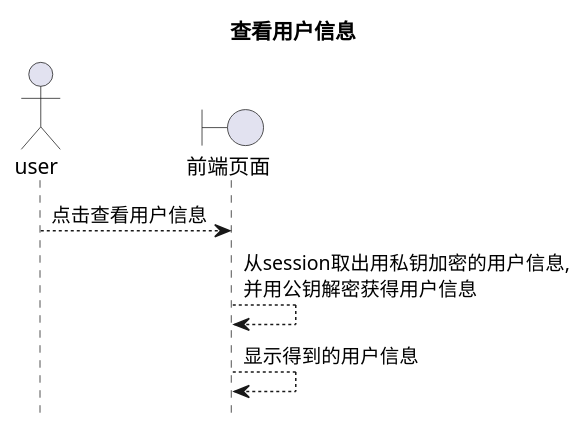
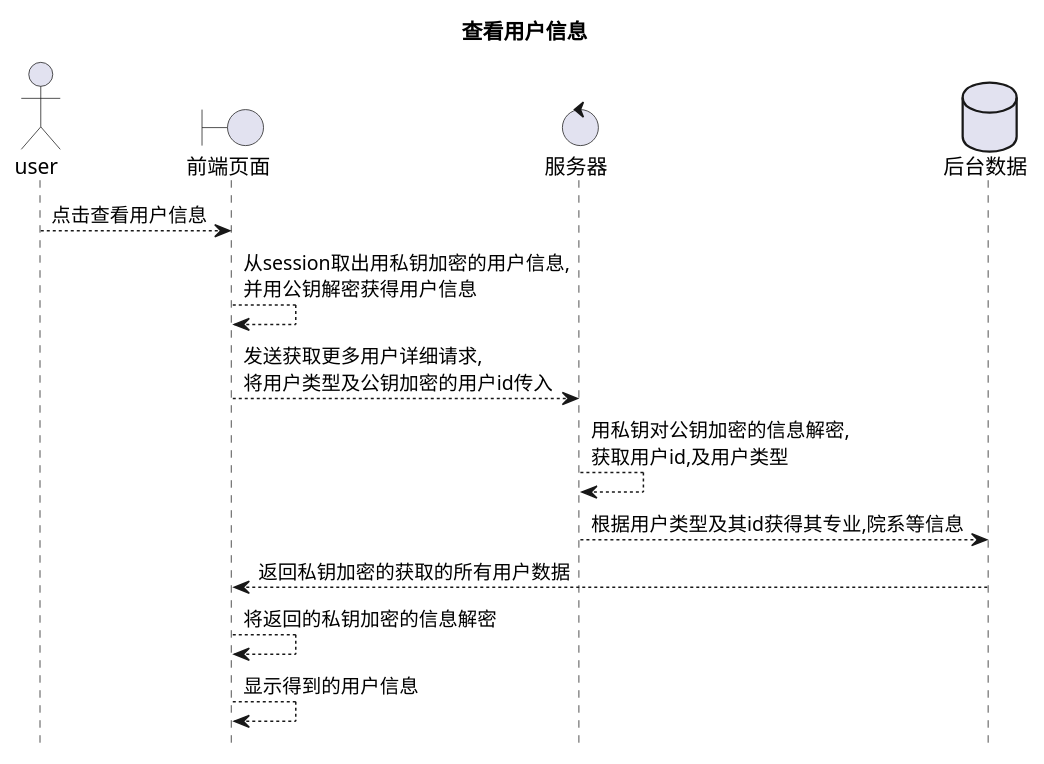
The ninth of 16 diagrams in test6/sequence.pu (201610414130/is_analysis-4), drawn with PlantUML before and after one commit. The commit also changed 1 other file, not shown here.

Commit message:
补全查看用户信息的时序图

```diff
--- a/test6/sequence.pu
+++ b/test6/sequence.pu
@@ -132,9 +132,17 @@
 @startuml 查看用户信息
 title 查看用户信息
 hide footbox
 actor user
 boundary 前端页面
+control 服务器
+database 后台数据
 user --> 前端页面: 点击查看用户信息
 前端页面 --> 前端页面: 从session取出用私钥加密的用户信息,\n并用公钥解密获得用户信息
+前端页面 --> 服务器: 发送获取更多用户详细请求,\n将用户类型及公钥加密的用户id传入
+服务器 --> 服务器: 用私钥对公钥加密的信息解密,\n获取用户id,及用户类型
+服务器 --> 后台数据: 根据用户类型及其id获得其专业,院系等信息
+后台数据 --> 前端页面: 返回私钥加密的获取的所有用户数据
+前端页面 --> 前端页面: 将返回的私钥加密的信息解密
 前端页面 --> 前端页面: 显示得到的用户信息
+
 @enduml
```
